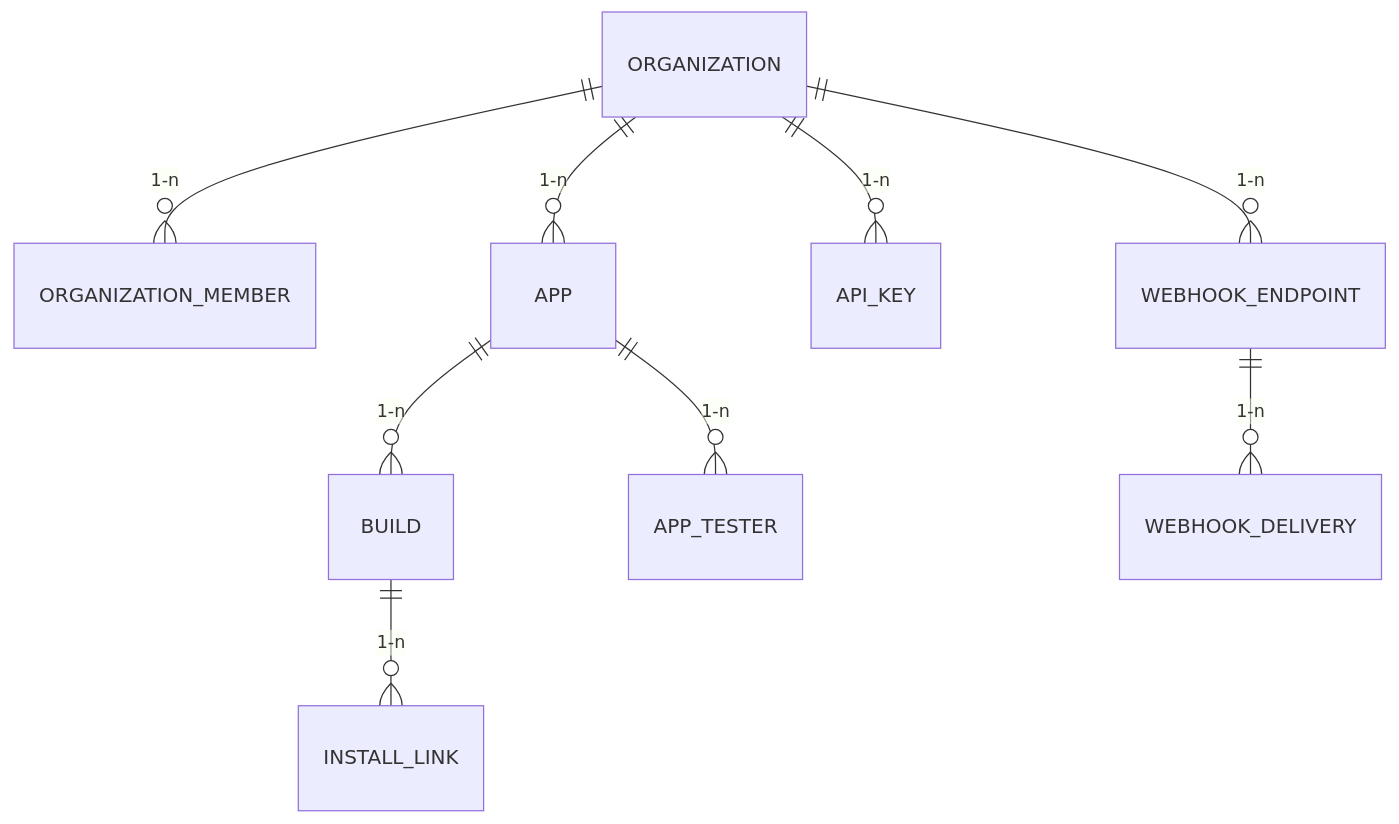
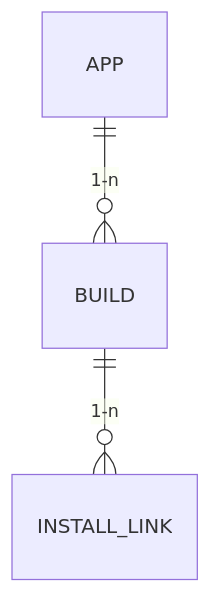
Before and after one commit to luongviethai/Hangar: the diagram in docs/erd.md, drawn with Mermaid. The commit also changed other lines of this file and 111 other files, not shown here.

````diff
--- a/docs/erd.md
+++ b/docs/erd.md
@@ -5,11 +5,5 @@
 ```mermaid
 erDiagram
-    ORGANIZATION ||--o{ ORGANIZATION_MEMBER : "1-n"
-    ORGANIZATION ||--o{ APP : "1-n"
-    ORGANIZATION ||--o{ API_KEY : "1-n"
-    ORGANIZATION ||--o{ WEBHOOK_ENDPOINT : "1-n"
     APP ||--o{ BUILD : "1-n"
-    APP ||--o{ APP_TESTER : "1-n"
     BUILD ||--o{ INSTALL_LINK : "1-n"
-    WEBHOOK_ENDPOINT ||--o{ WEBHOOK_DELIVERY : "1-n"
 ```
````
